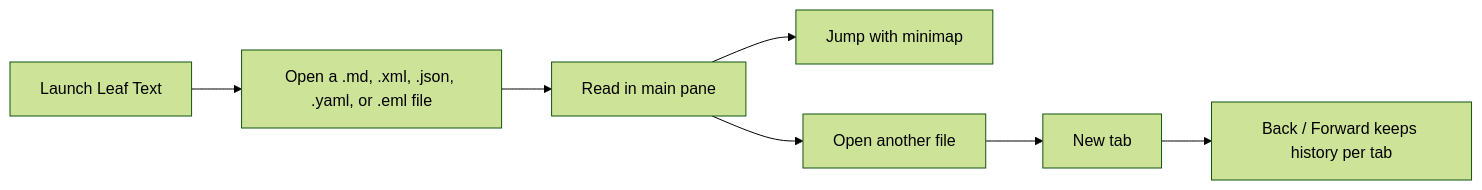
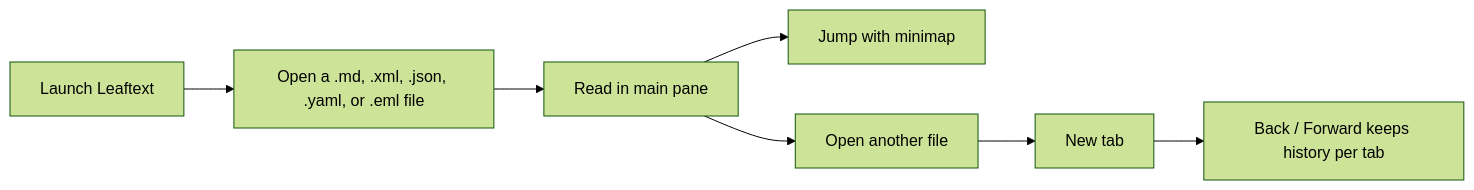
The diagram in docs/03-quickstart.md (ryanallen/leaftext), drawn with Mermaid (forest theme) before and after one commit. The commit also changed other lines of this file and 38 other files, not shown here.

````diff
--- a/docs/03-quickstart.md
+++ b/docs/03-quickstart.md
@@ -20,9 +20,9 @@
 ```mermaid
 flowchart LR
-    A[Launch Leaf Text] --> B[Open a .md, .xml, .json, .yaml, or .eml file]
+    A[Launch Leaftext] --> B[Open a .md, .xml, .json, .yaml, or .eml file]
     B --> C[Read in main pane]
     C --> D[Jump with minimap]
     C --> E[Open another file]
     E --> F[New tab]
     F --> G[Back / Forward keeps history per tab]
 ```
````
